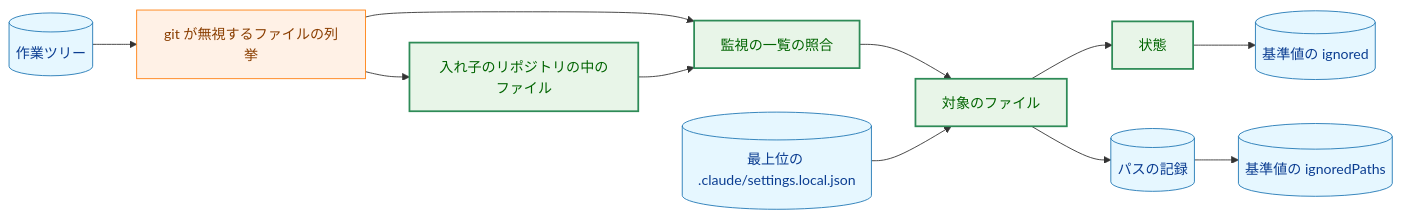
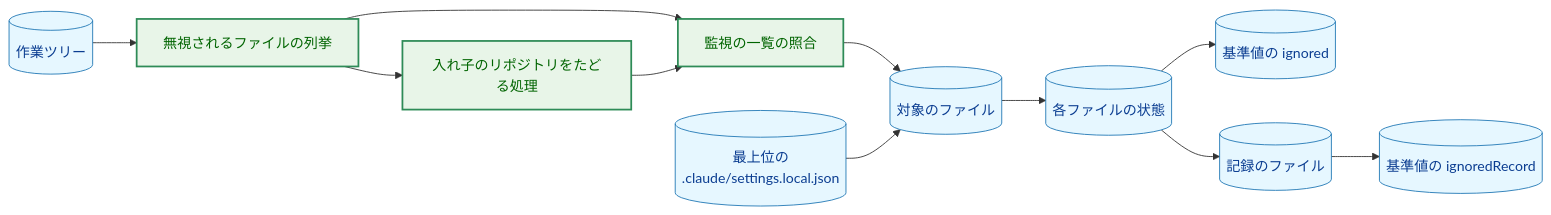
The first of 11 diagrams in docs/tasks/0034_fixprguard_ignored_files/02_architecture.md (isseis/yt2column), drawn with Mermaid before and after one commit. The commit also changed other lines of this file and 1 other file, not shown here.

First line of the commit message:
docs(0034): address architecture review findings and polish prose

````diff
--- a/docs/tasks/0034_fixprguard_ignored_files/02_architecture.md
+++ b/docs/tasks/0034_fixprguard_ignored_files/02_architecture.md
@@ -53,32 +66,30 @@
 ```mermaid
 flowchart LR
     classDef data fill:#e6f7ff,stroke:#1f77b4,stroke-width:1px,color:#0b3d91;
-    classDef process fill:#fff1e6,stroke:#ff7f0e,stroke-width:1px,color:#8a3e00;
     classDef enhanced fill:#e8f5e8,stroke:#2e8b57,stroke-width:2px,color:#006400;
 
     WT[("作業ツリー")]
-    LIST["git が無視するファイルの列挙"]
-    DIRREC["入れ子のリポジトリの中のファイル"]
+    LIST["無視されるファイルの列挙"]
+    WALK["入れ子のリポジトリをたどる処理"]
     WATCH["監視の一覧の照合"]
-    SETTINGS[("最上位の .claude/settings.local.json")]
-    TARGET["対象のファイル"]
-    STATE["状態"]
+    SETTINGS[("最上位の<br>.claude/settings.local.json")]
+    TARGET[("対象のファイル")]
+    STATE[("各ファイルの状態")]
     AGG[("基準値の ignored")]
-    REC[("パスの記録")]
-    RECD[("基準値の ignoredPaths")]
+    REC[("記録のファイル")]
+    RECD[("基準値の ignoredRecord")]
 
     WT --> LIST
-    LIST --> DIRREC
+    LIST --> WALK
     LIST --> WATCH
-    DIRREC --> WATCH
+    WALK --> WATCH
     WATCH --> TARGET
     SETTINGS --> TARGET
     TARGET --> STATE
     STATE --> AGG
-    TARGET --> REC
+    STATE --> REC
     REC --> RECD
 
-    class WT,SETTINGS,AGG,REC,RECD data
-    class LIST process
-    class DIRREC,WATCH,TARGET,STATE enhanced
+    class WT,SETTINGS,TARGET,STATE,AGG,REC,RECD data
+    class LIST,WALK,WATCH enhanced
 ```
````
